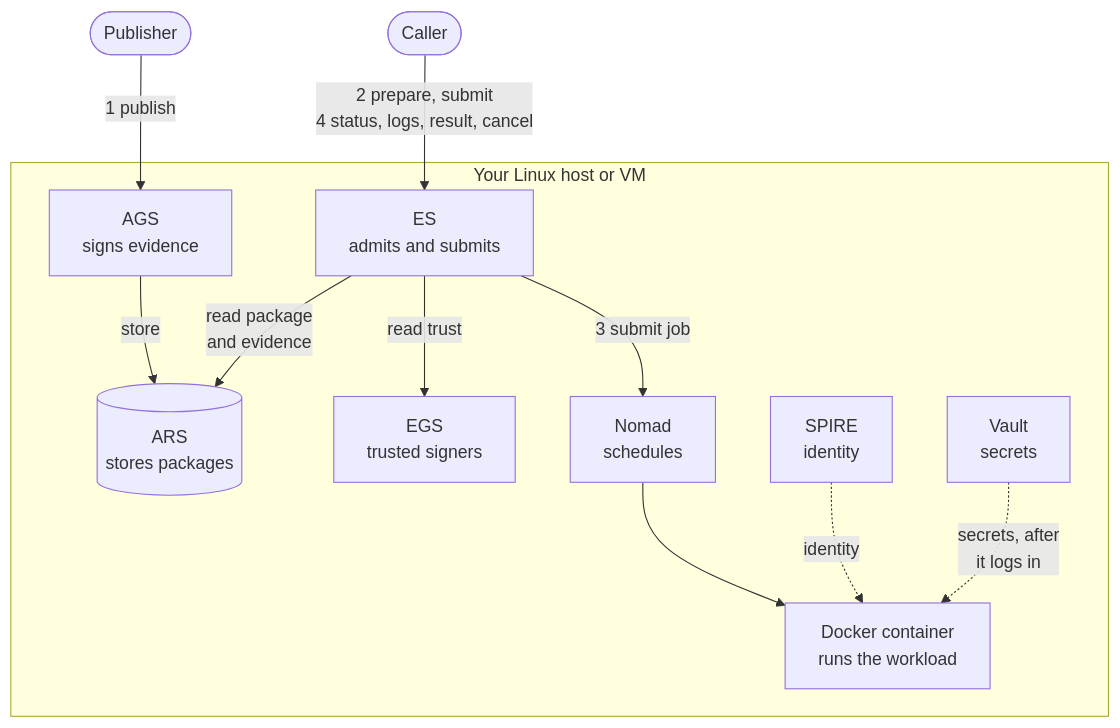
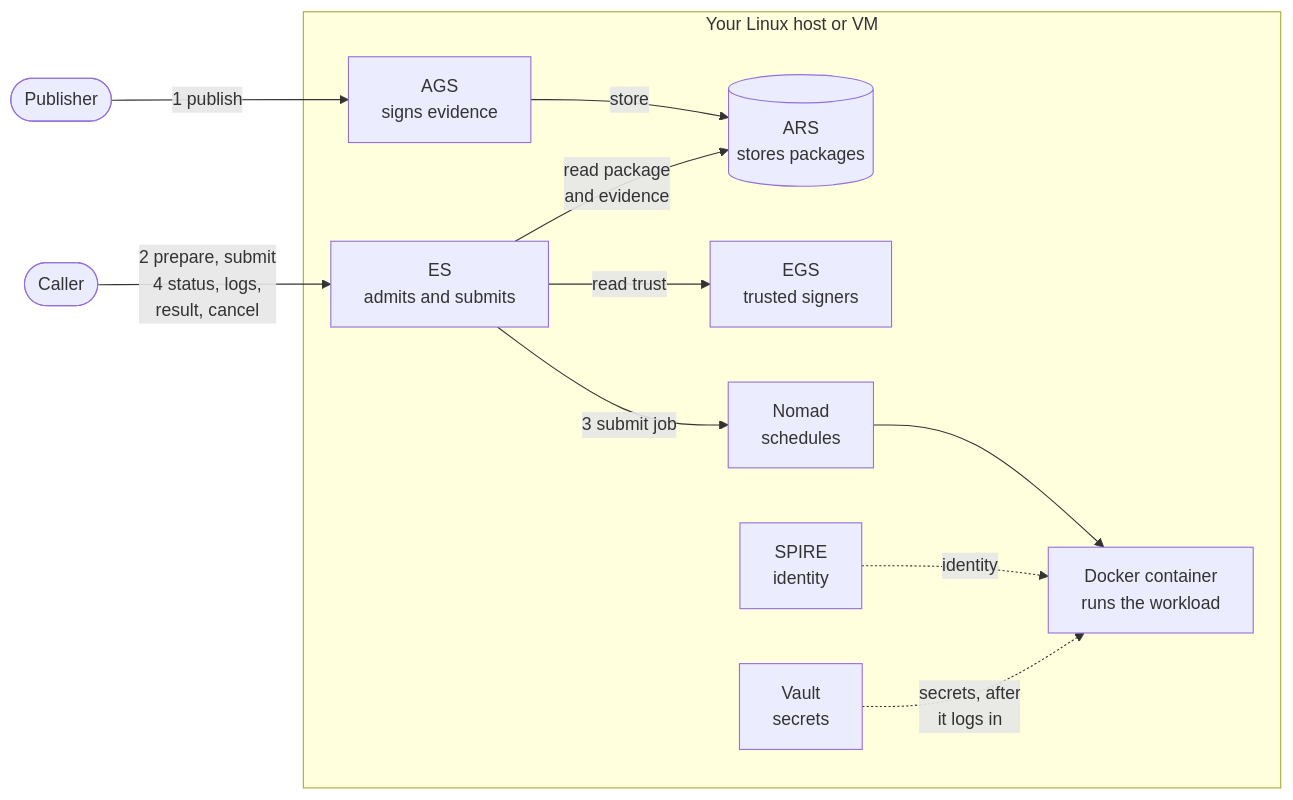
The diagram in README.md (evo-agi/Execution-Substrate), drawn with Mermaid before and after one commit.

Commit message:
Draw the README diagram left to right
GitHub renders Mermaid 12.3.0, which routed the publisher's arrow in the
top-to-bottom version through the host box's title. Left to right,
callers come in from the side, the host box keeps a clear title, and the
diagram stays about 440 pixels tall at GitHub's README width.

Claude-Session: https://claude.ai/code/session_01BtwdQtcsFe2nGMfu6MssQM

````diff
--- a/README.md
+++ b/README.md
@@ -14,26 +14,26 @@
 ```mermaid
-flowchart TD
+flowchart LR
     Publisher(["Publisher"])
     Caller(["Caller"])
 
     subgraph Host["Your Linux host or VM"]
         AGS["AGS<br/>signs evidence"]
         ES["ES<br/>admits and submits"]
         ARS[("ARS<br/>stores packages")]
         EGS["EGS<br/>trusted signers"]
         Nomad["Nomad<br/>schedules"]
         SPIRE["SPIRE<br/>identity"]
         Vault["Vault<br/>secrets"]
         Task["Docker container<br/>runs the workload"]
     end
 
     Publisher -->|"1 publish"| AGS
     AGS -->|"store"| ARS
-    Caller -->|"2 prepare, submit<br/>4 status, logs, result, cancel"| ES
+    Caller -->|"2 prepare, submit<br/>4 status, logs,<br/>result, cancel"| ES
     ES -->|"read package<br/>and evidence"| ARS
     ES -->|"read trust"| EGS
     ES -->|"3 submit job"| Nomad
     Nomad --> Task
     SPIRE -.->|"identity"| Task
     Vault -.->|"secrets, after<br/>it logs in"| Task
 ```
````
